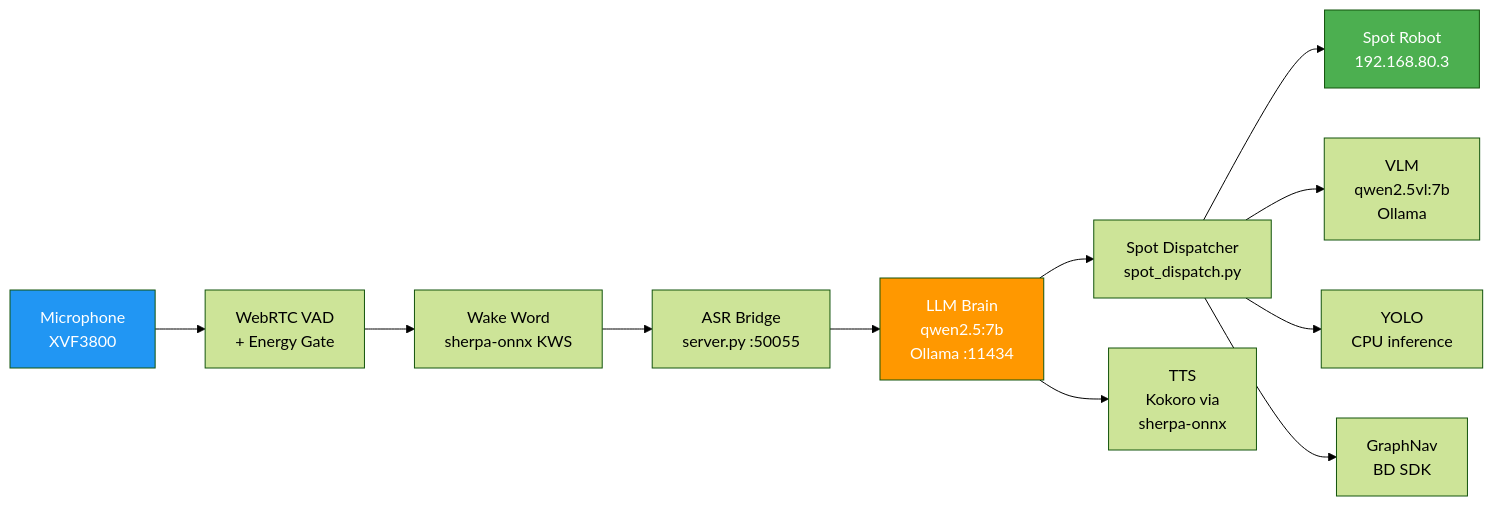
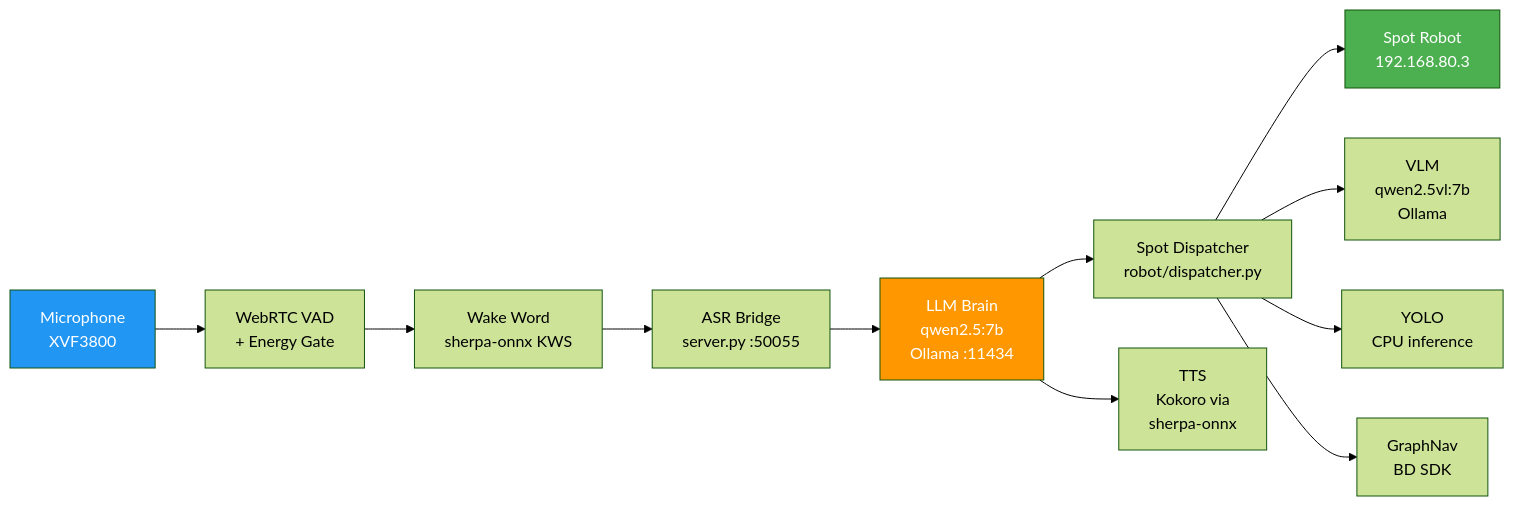
Before and after one commit to matteo-corrado/dartmouth_spot_capstone: the diagram in docs/architecture/overview.md, drawn with Mermaid (forest theme). The commit also changed other lines of this file and 16 other files, not shown here.

````diff
--- a/docs/architecture/overview.md
+++ b/docs/architecture/overview.md
@@ -9,18 +9,18 @@
 ```mermaid
 graph LR
     MIC[Microphone<br/>XVF3800] --> VAD[WebRTC VAD<br/>+ Energy Gate]
     VAD --> KWS[Wake Word<br/>sherpa-onnx KWS]
     KWS --> ASR[ASR Bridge<br/>server.py :50055]
     ASR --> BRAIN[LLM Brain<br/>qwen2.5:7b<br/>Ollama :11434]
-    BRAIN --> DISPATCH[Spot Dispatcher<br/>spot_dispatch.py]
+    BRAIN --> DISPATCH[Spot Dispatcher<br/>robot/dispatcher.py]
     DISPATCH --> SPOT[Spot Robot<br/>192.168.80.3]
 
     BRAIN --> TTS[TTS<br/>Kokoro via<br/>sherpa-onnx]
     DISPATCH --> VLM[VLM<br/>qwen2.5vl:7b<br/>Ollama]
     DISPATCH --> YOLO[YOLO<br/>CPU inference]
     DISPATCH --> GNAV[GraphNav<br/>BD SDK]
 
     style MIC fill:#2196F3,color:#fff
     style SPOT fill:#4CAF50,color:#fff
     style BRAIN fill:#FF9800,color:#fff
 ```
````
